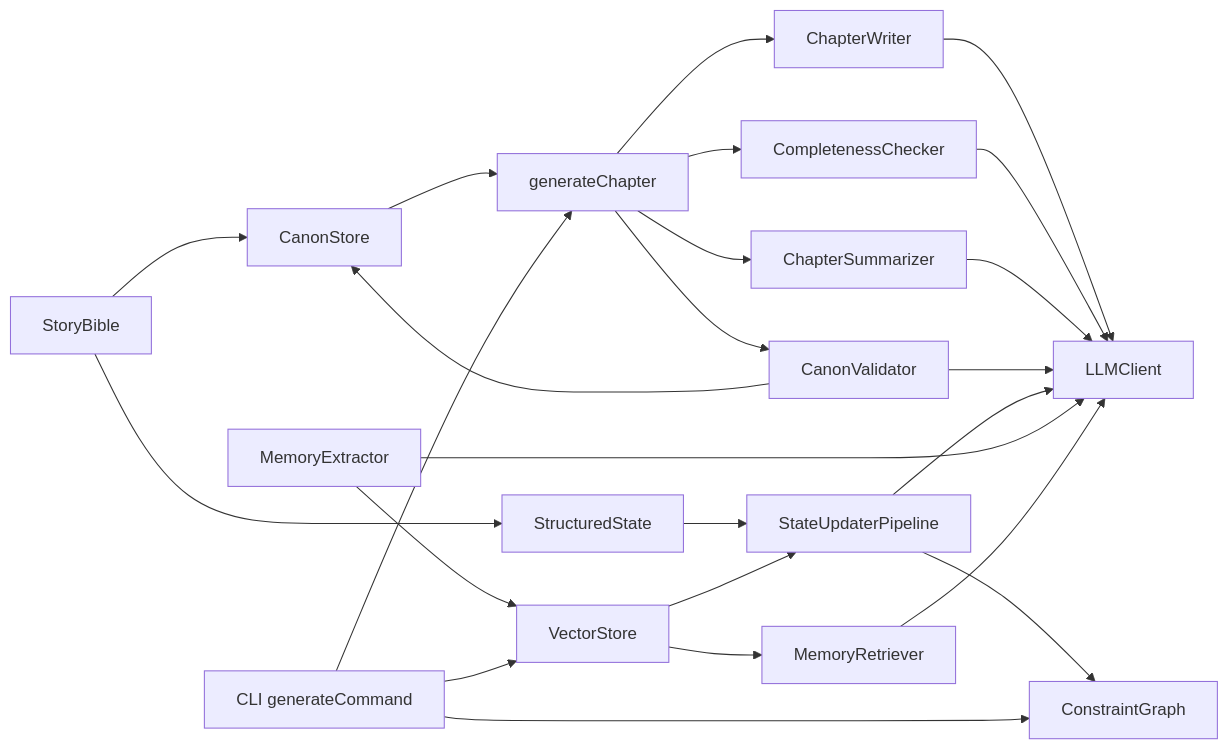
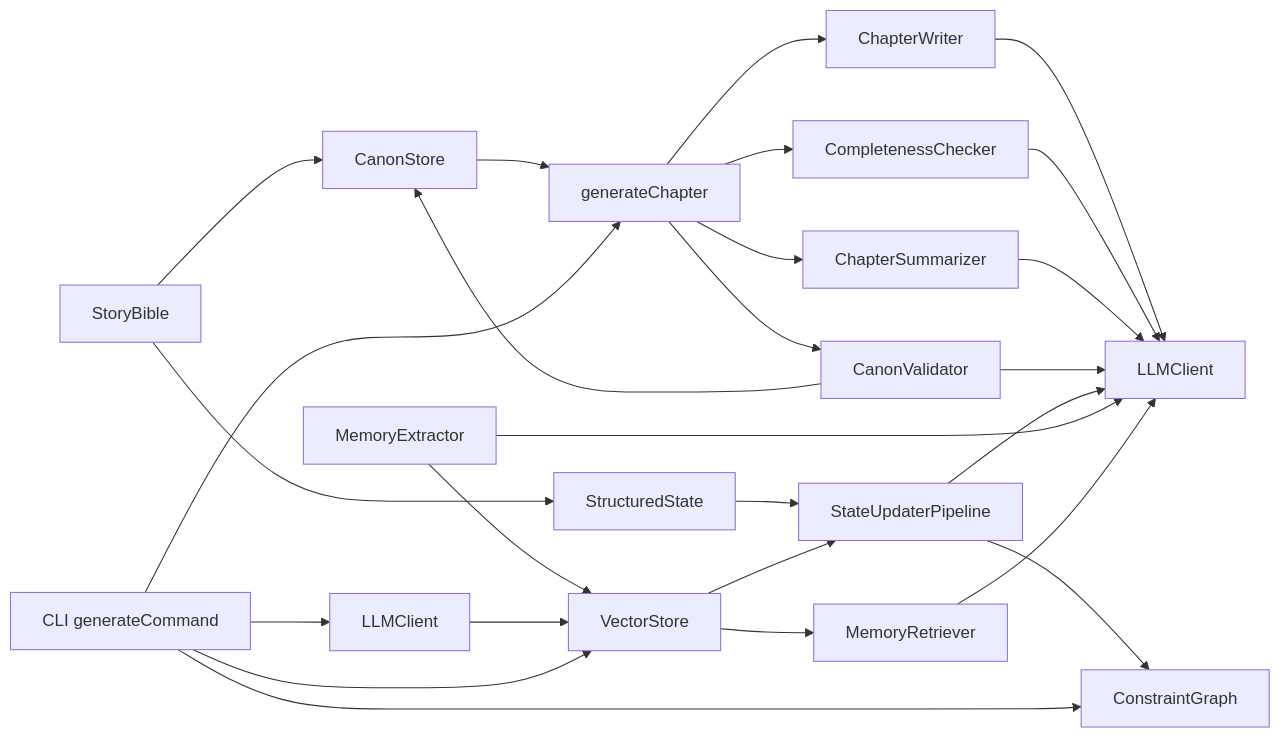
Before and after one commit to liwonder/NARRITIVE_OS: diagram 14 of 14 in .qoder/repowiki/en/content/Memory Management System/Memory Management System.md, drawn with Mermaid. The commit also changed other lines of this file and 12 other files, not shown here.

````diff
--- a/.qoder/repowiki/en/content/Memory Management System/Memory Management System.md
+++ b/.qoder/repowiki/en/content/Memory Management System/Memory Management System.md
@@ -645,26 +710,28 @@
 ```mermaid
 graph LR
 B["StoryBible"] --> CS["CanonStore"]
 B --> SS["StructuredState"]
 CS --> G["generateChapter"]
 SS --> SU["StateUpdaterPipeline"]
 VS["VectorStore"] --> MR["MemoryRetriever"]
 VS --> SU
 ME["MemoryExtractor"] --> VS
 SU --> CG["ConstraintGraph"]
 G --> W["ChapterWriter"]
 G --> C["CompletenessChecker"]
 G --> Z["ChapterSummarizer"]
 G --> V["CanonValidator"]
 V --> CS
 W --> LLM["LLMClient"]
 C --> LLM
 Z --> LLM
 V --> LLM
 SU --> LLM
 ME --> LLM
 MR --> LLM
+LC["LLMClient"] --> VS
 CMD["CLI generateCommand"] --> G
 CMD --> VS
 CMD --> CG
+CMD --> LC
 ```
````
